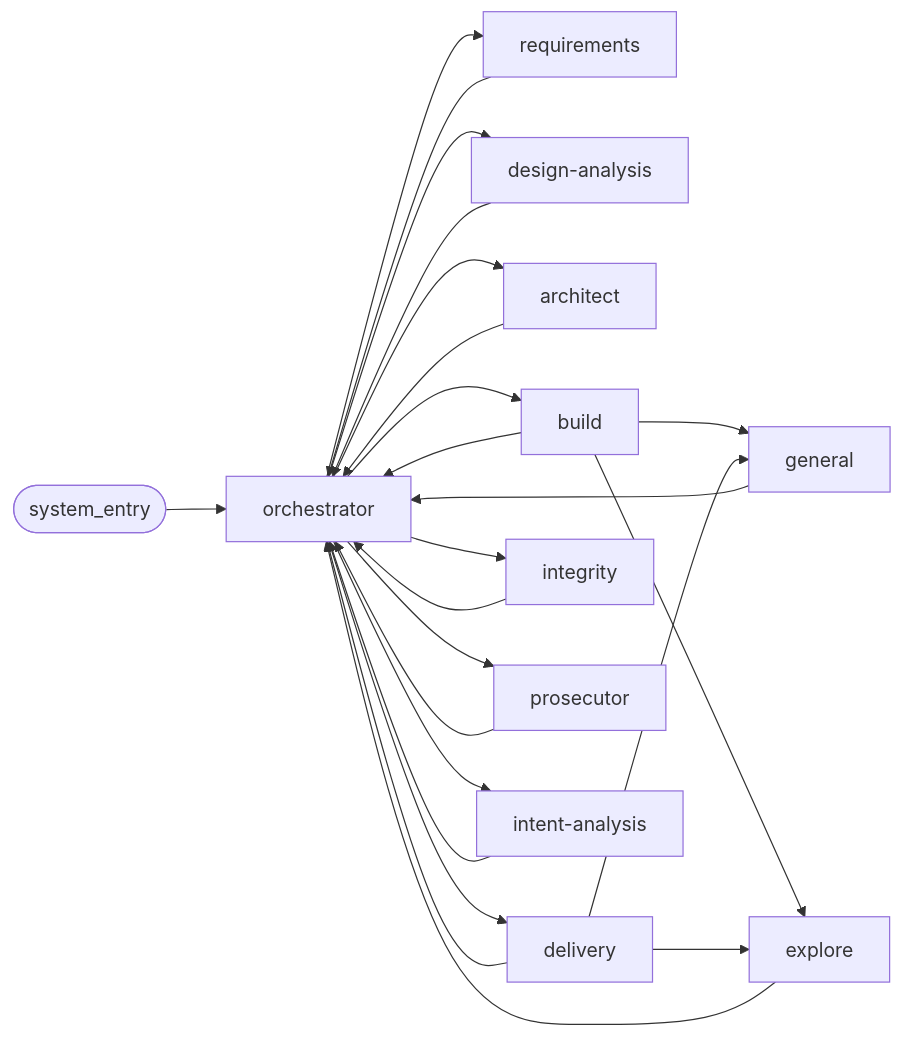
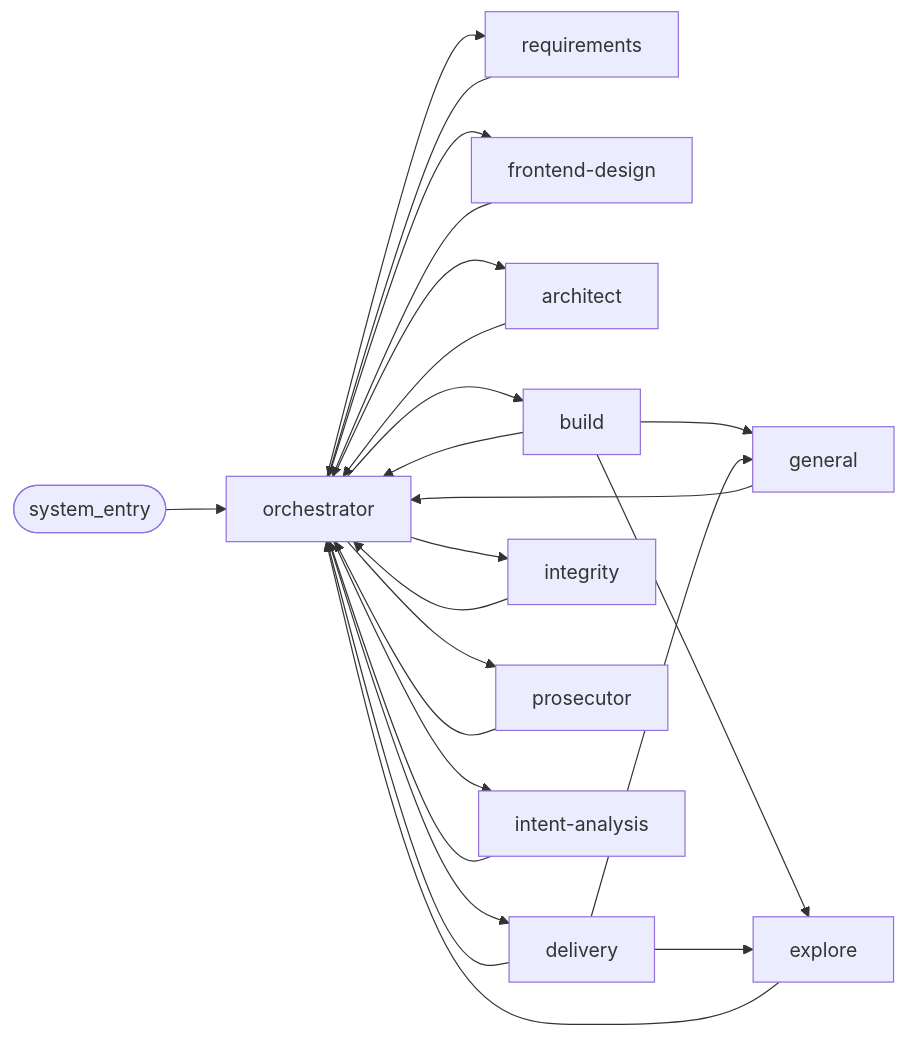
Before and after one commit to yangheng95/argus: the first of 2 diagrams in specs/new-arch/13-agent-communication-matrix.md, drawn with Mermaid. The commit also changed other lines of this file and 432 other files, not shown here.

````diff
--- a/specs/new-arch/13-agent-communication-matrix.md
+++ b/specs/new-arch/13-agent-communication-matrix.md
@@ -78,39 +78,39 @@
 ```mermaid
 flowchart LR
   SYS([system_entry])
   O[orchestrator]
   R[requirements]
-  X[design-analysis]
+  X[frontend-design]
   A[architect]
   B[build]
   D[delivery]
   IT[integrity]
   PR[prosecutor]
   G[general]
   E[explore]
   I[intent-analysis]
 
   SYS --> O
   O --> R
   R --> O
   O --> X
   X --> O
   O --> A
   A --> O
   O --> B
   B --> O
   O --> D
   D --> O
   O --> IT
   IT --> O
   O --> PR
   PR --> O
   O --> I
   I --> O
   B --> G
   B --> E
   D --> G
   D --> E
   G --> O
   E --> O
 ```
````
